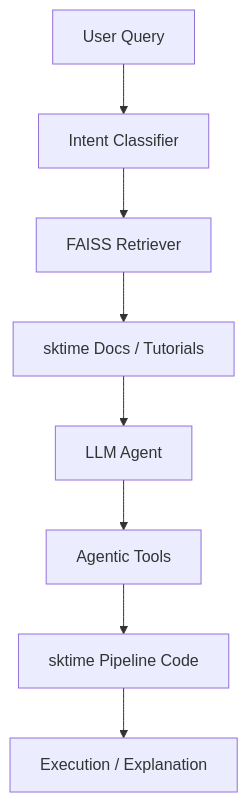
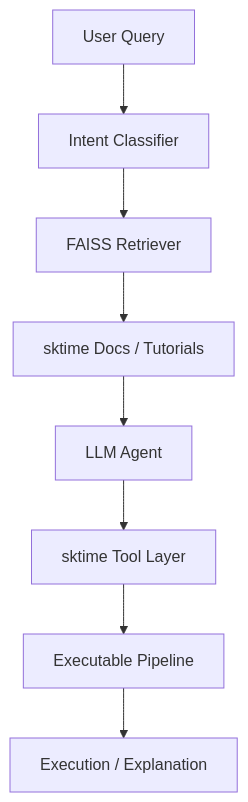
Before and after one commit to Vinni5566/pycode-reviewer: the diagram in README.md, drawn with Mermaid. The commit also changed other lines of this file, not shown here.

Commit message:
Refactor README: Update positioning to sktime integration layer

````diff
--- a/README.md
+++ b/README.md
@@ -24,10 +31,10 @@
 ```mermaid
 graph TD
     A[User Query] --> B[Intent Classifier]
     B --> C[FAISS Retriever]
     C --> D[sktime Docs / Tutorials]
     D --> E[LLM Agent]
-    E --> F[Agentic Tools]
-    F --> G[sktime Pipeline Code]
+    E --> F[sktime Tool Layer]
+    F --> G[Executable Pipeline]
     G --> H[Execution / Explanation]
 ```
````
